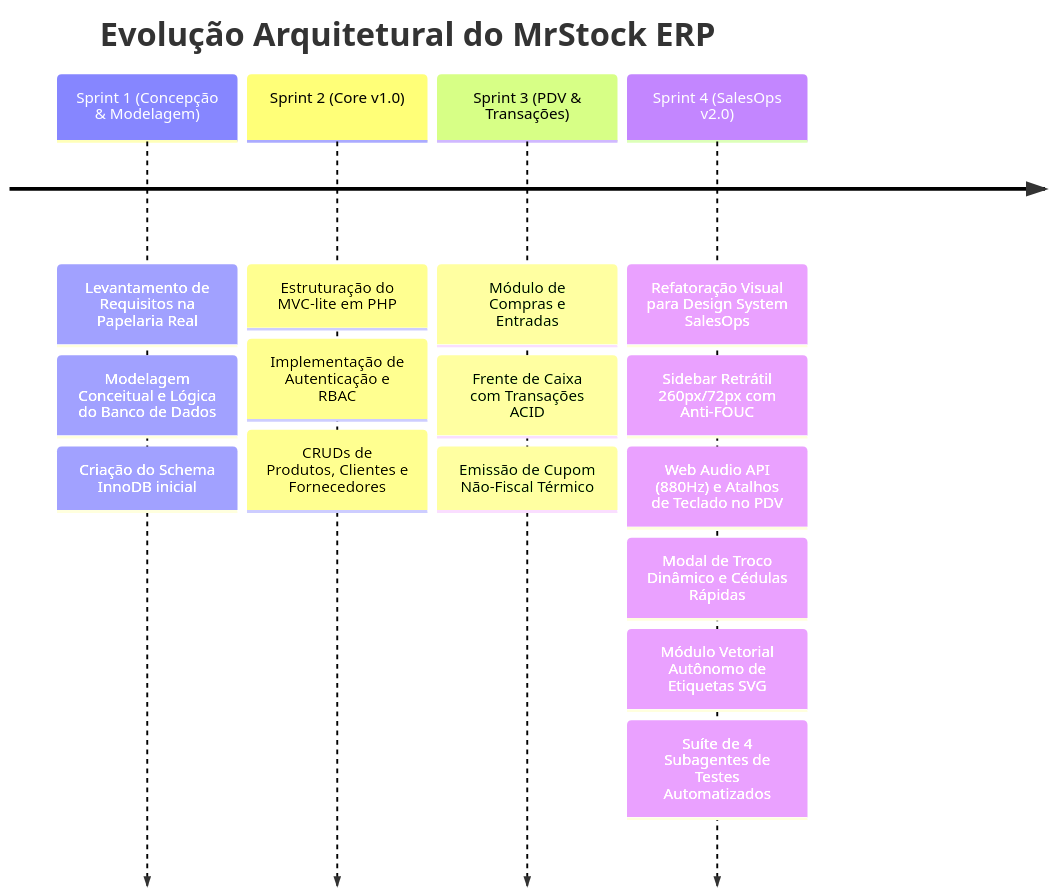
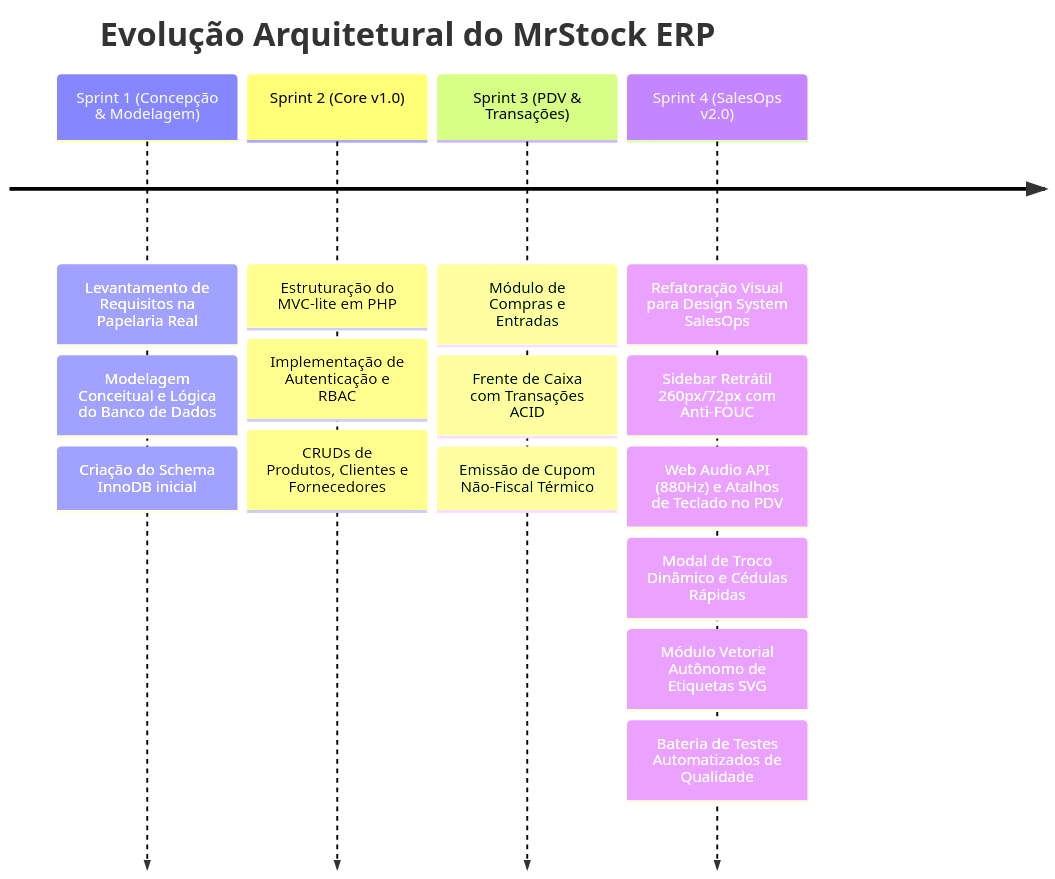
One commit to mrcodingdev/mrstock-erp changed the diagram in docs/diario_de_desenvolvimento.md. Above: the diagram before and after it, drawn with Mermaid. The commit also changed other lines of this file and 14 other files, not shown here.

````diff
--- a/docs/diario_de_desenvolvimento.md
+++ b/docs/diario_de_desenvolvimento.md
@@ -9,19 +9,19 @@
 ```mermaid
 timeline
     title Evolução Arquitetural do MrStock ERP
     Sprint 1 (Concepção & Modelagem) : Levantamento de Requisitos na Papelaria Real
                                      : Modelagem Conceitual e Lógica do Banco de Dados
                                      : Criação do Schema InnoDB inicial
     Sprint 2 (Core v1.0)             : Estruturação do MVC-lite em PHP
                                      : Implementação de Autenticação e RBAC
                                      : CRUDs de Produtos, Clientes e Fornecedores
     Sprint 3 (PDV & Transações)      : Módulo de Compras e Entradas
                                      : Frente de Caixa com Transações ACID
                                      : Emissão de Cupom Não-Fiscal Térmico
     Sprint 4 (SalesOps v2.0)         : Refatoração Visual para Design System SalesOps
                                      : Sidebar Retrátil 260px/72px com Anti-FOUC
                                      : Web Audio API (880Hz) e Atalhos de Teclado no PDV
                                      : Modal de Troco Dinâmico e Cédulas Rápidas
                                      : Módulo Vetorial Autônomo de Etiquetas SVG
-                                     : Suíte de 4 Subagentes de Testes Automatizados
+                                     : Bateria de Testes Automatizados de Qualidade
 ```
````
